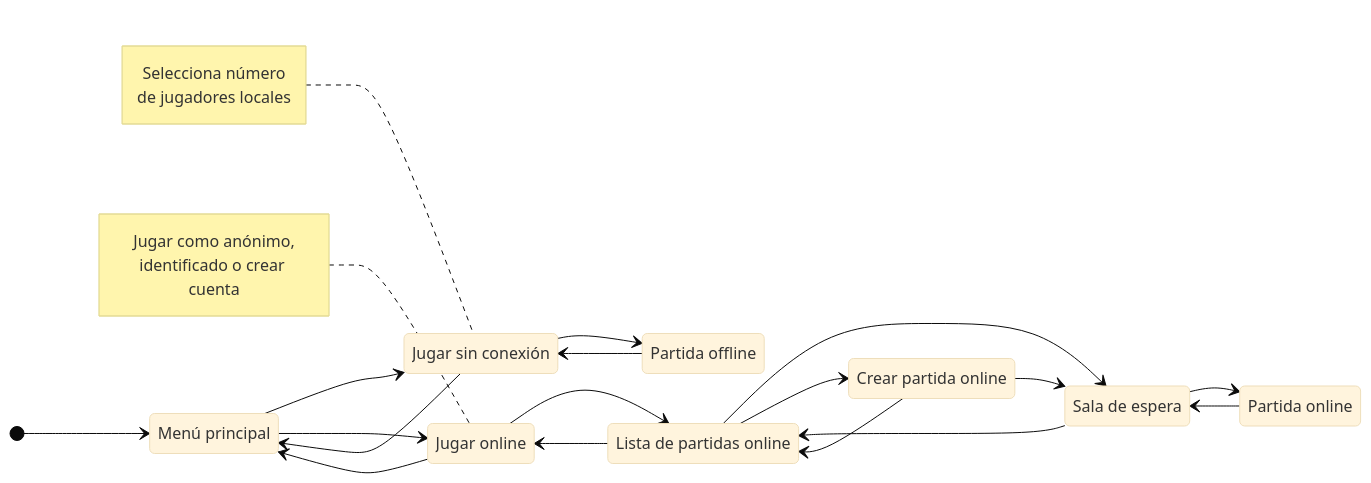
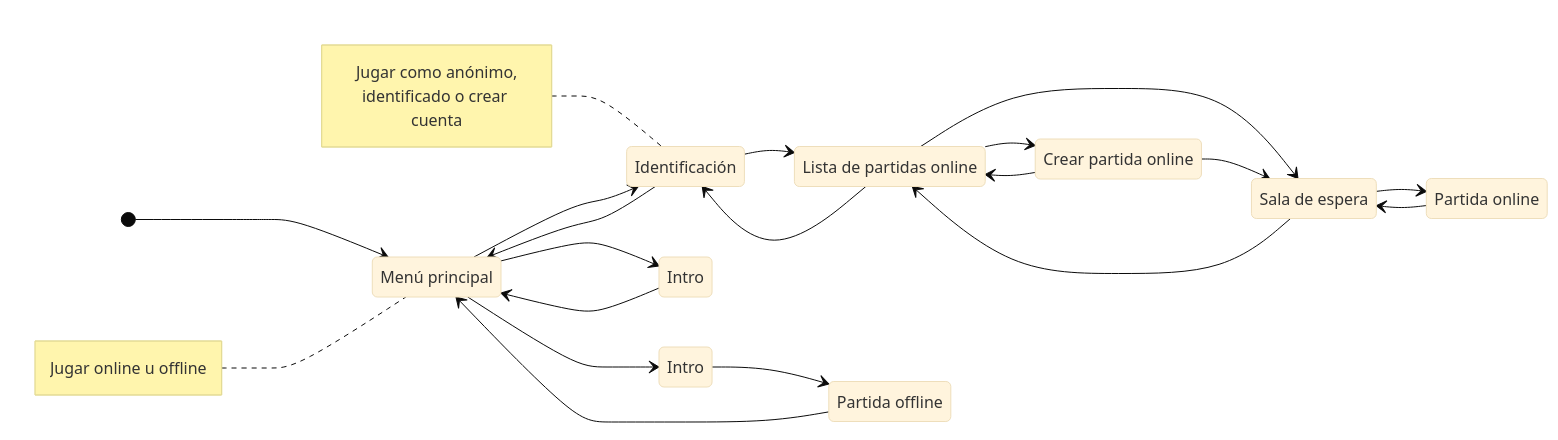
The diagram in README.md (codemonsters/abismo-26), drawn with Mermaid (base theme) before and after one commit. The commit also changed 11 other files, not shown here.

````diff
--- a/README.md
+++ b/README.md
@@ -289,43 +289,45 @@
 ```mermaid
 stateDiagram
     direction LR
 
     [*] --> Principal
     Principal: Menú principal
-    Offline: Jugar sin conexión
-    note left of Offline
-        Selecciona número
-        de jugadores locales
+    note left of Principal
+        Jugar online u offline
     end note
-    Online: Jugar online
-    note left of Online
+    Identificación: Identificación
+    note left of Identificación
         Jugar como anónimo,
         identificado o crear cuenta
     end note
+    MenuIntro: Intro
+    OfflineIntro: Intro
     ListaPartidasOnline: Lista de partidas online
     CrearPartidaOnline: Crear partida online
     SalaDeEspera: Sala de espera
     PartidaOffline: Partida offline
     PartidaOnline: Partida online
 
-    Principal --> Offline
-    Offline --> Principal
+    Principal --> OfflineIntro
     
-    Principal --> Online
-    Online --> Principal
+    Principal --> Identificación
+    Identificación --> Principal
 
-    Offline --> PartidaOffline
-    PartidaOffline --> Offline
+    Principal --> MenuIntro
+    MenuIntro --> Principal
 
-    Online --> ListaPartidasOnline
-    ListaPartidasOnline --> Online
+    OfflineIntro --> PartidaOffline
+    PartidaOffline --> Principal
+
+    Identificación --> ListaPartidasOnline
+    ListaPartidasOnline --> Identificación
     ListaPartidasOnline --> SalaDeEspera
     SalaDeEspera --> ListaPartidasOnline
 
     ListaPartidasOnline --> CrearPartidaOnline
     CrearPartidaOnline --> ListaPartidasOnline
     CrearPartidaOnline --> SalaDeEspera
 
     SalaDeEspera --> PartidaOnline
     PartidaOnline --> SalaDeEspera
 ```
````
